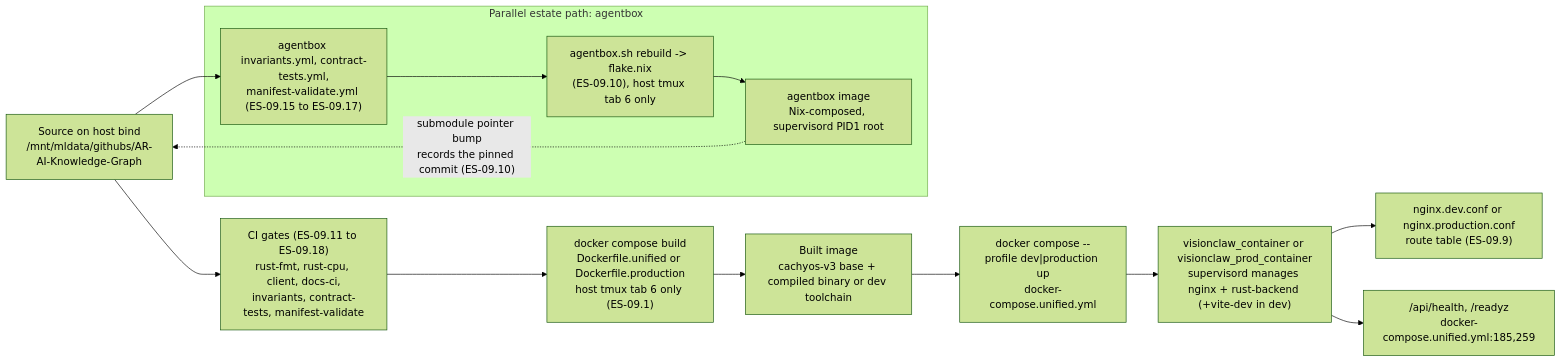
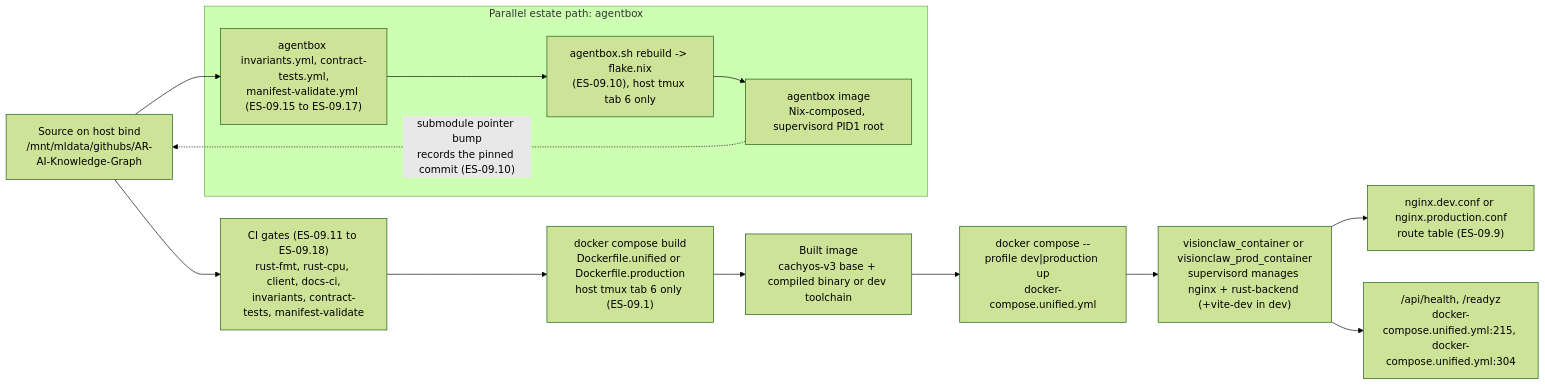
One commit to DreamLab-AI/VisionFlow changed diagram 19 of 24 in docs/diagrams/estate/09-build-deploy-and-ci-estate.md. Above: the diagram before and after it, drawn with Mermaid (forest theme). The commit also changed other lines of this file and 160 other files, not shown here.

````diff
--- a/docs/diagrams/estate/09-build-deploy-and-ci-estate.md
+++ b/docs/diagrams/estate/09-build-deploy-and-ci-estate.md
@@ -663,27 +676,27 @@
 ```mermaid
 flowchart LR
     SRC["Source on host bind<br/>/mnt/mldata/githubs/AR-AI-Knowledge-Graph"]
     CIGATE["CI gates (ES-09.11 to ES-09.18)<br/>rust-fmt, rust-cpu, client, docs-ci,<br/>invariants, contract-tests, manifest-validate"]
     DOCKERBUILD["docker compose build<br/>Dockerfile.unified or Dockerfile.production<br/>host tmux tab 6 only (ES-09.1)"]
     IMAGE["Built image<br/>cachyos-v3 base + compiled binary or dev toolchain"]
     COMPOSEUP["docker compose --profile dev|production up<br/>docker-compose.unified.yml"]
     CONTAINER["visionclaw_container or visionclaw_prod_container<br/>supervisord manages nginx + rust-backend (+vite-dev in dev)"]
     NGINXROUTE["nginx.dev.conf or nginx.production.conf<br/>route table (ES-09.9)"]
-    HEALTH["/api/health, /readyz<br/>docker-compose.unified.yml:185,259"]
+    HEALTH["/api/health, /readyz<br/>docker-compose.unified.yml:215, docker-compose.unified.yml:304"]
 
     SRC --> CIGATE
     CIGATE --> DOCKERBUILD
     DOCKERBUILD --> IMAGE
     IMAGE --> COMPOSEUP
     COMPOSEUP --> CONTAINER
     CONTAINER --> NGINXROUTE
     CONTAINER --> HEALTH
 
     subgraph AGENTBOXPARALLEL["Parallel estate path: agentbox"]
         ABGATE["agentbox invariants.yml, contract-tests.yml,<br/>manifest-validate.yml (ES-09.15 to ES-09.17)"]
         ABFLAKE["agentbox.sh rebuild -> flake.nix<br/>(ES-09.10), host tmux tab 6 only"]
         ABIMAGE["agentbox image<br/>Nix-composed, supervisord PID1 root"]
     end
     SRC --> ABGATE --> ABFLAKE --> ABIMAGE
     ABIMAGE -.->|"submodule pointer bump<br/>records the pinned commit (ES-09.10)"| SRC
 ```
````
